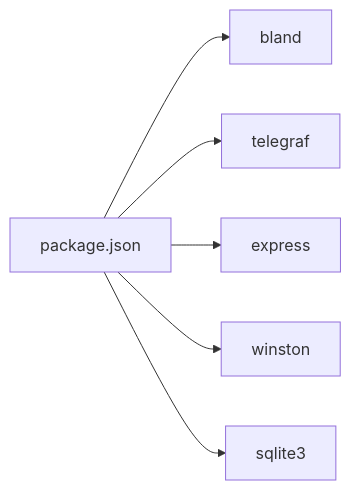
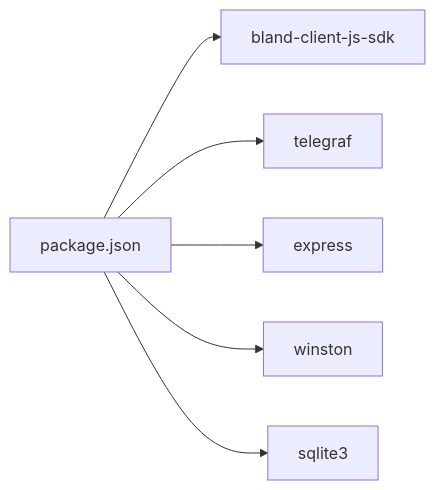
The eighth of 8 diagrams in .qoder/repowiki/en/content/Core Components/Voice Service Integration.md (Armanda888/appointment-voice-agent), drawn with Mermaid before and after one commit. The commit also changed other lines of this file and 14 other files, not shown here.

````diff
--- a/.qoder/repowiki/en/content/Core Components/Voice Service Integration.md
+++ b/.qoder/repowiki/en/content/Core Components/Voice Service Integration.md
@@ -363,14 +385,14 @@
 ```mermaid
 graph LR
 PKG["package.json"]
-BLND["bland"]
+BLND["bland-client-js-sdk"]
 TG["telegraf"]
 EX["express"]
 WINST["winston"]
 SQL["sqlite3"]
 PKG --> BLND
 PKG --> TG
 PKG --> EX
 PKG --> WINST
 PKG --> SQL
 ```
````
